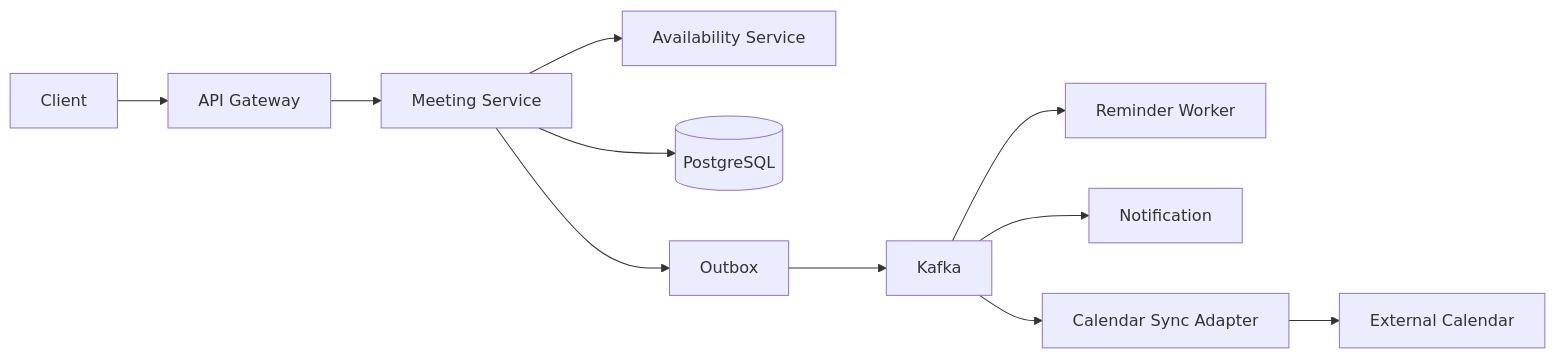
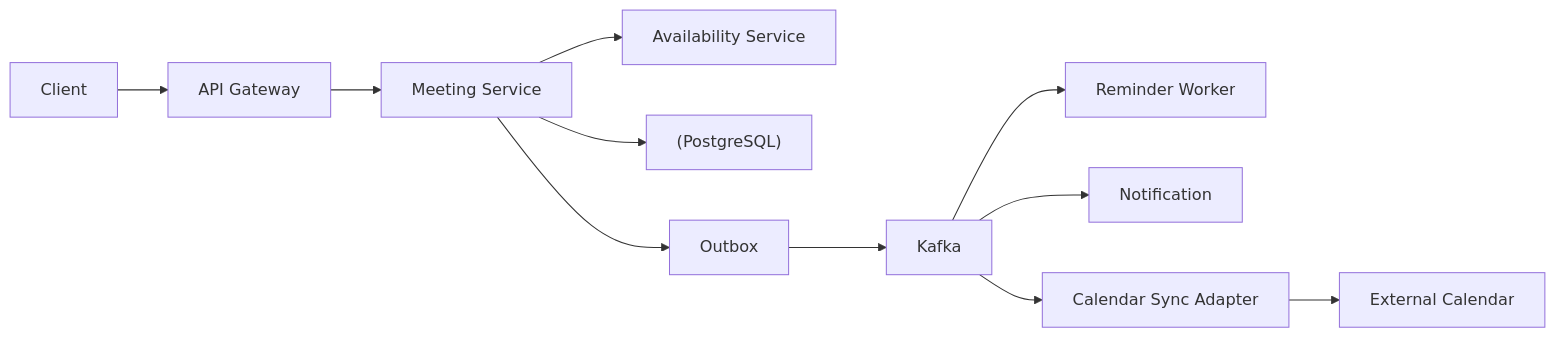
Before and after one commit to pankajThakur1874/studysheet: the first of 2 diagrams in files/System-Design-Questions/07_meeting_scheduler.md, drawn with Mermaid. The commit also changed other lines of this file and 102 other files, not shown here.

Commit message:
Auto-fix Mermaid diagram syntax across all study guides to prevent Syntax Error in Mermaid v10

````diff
--- a/files/System-Design-Questions/07_meeting_scheduler.md
+++ b/files/System-Design-Questions/07_meeting_scheduler.md
@@ -67,13 +67,13 @@
 ```mermaid
 flowchart LR
     C[Client] --> G[API Gateway]
     G --> M[Meeting Service]
     M --> AV[Availability Service]
-    M --> D[(PostgreSQL)]
+    M --> D["(PostgreSQL)"]
     M --> O[Outbox]
     O --> K[Kafka]
     K --> R[Reminder Worker]
     K --> N[Notification]
     K --> EXT[Calendar Sync Adapter]
     EXT --> GC[External Calendar]
 ```
````
